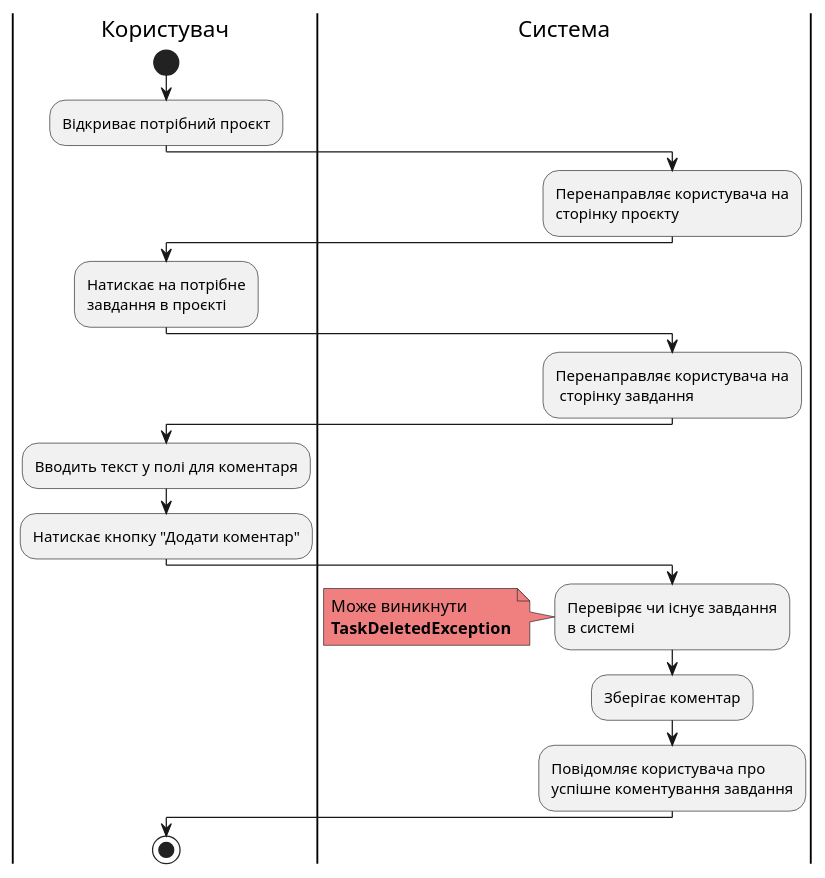
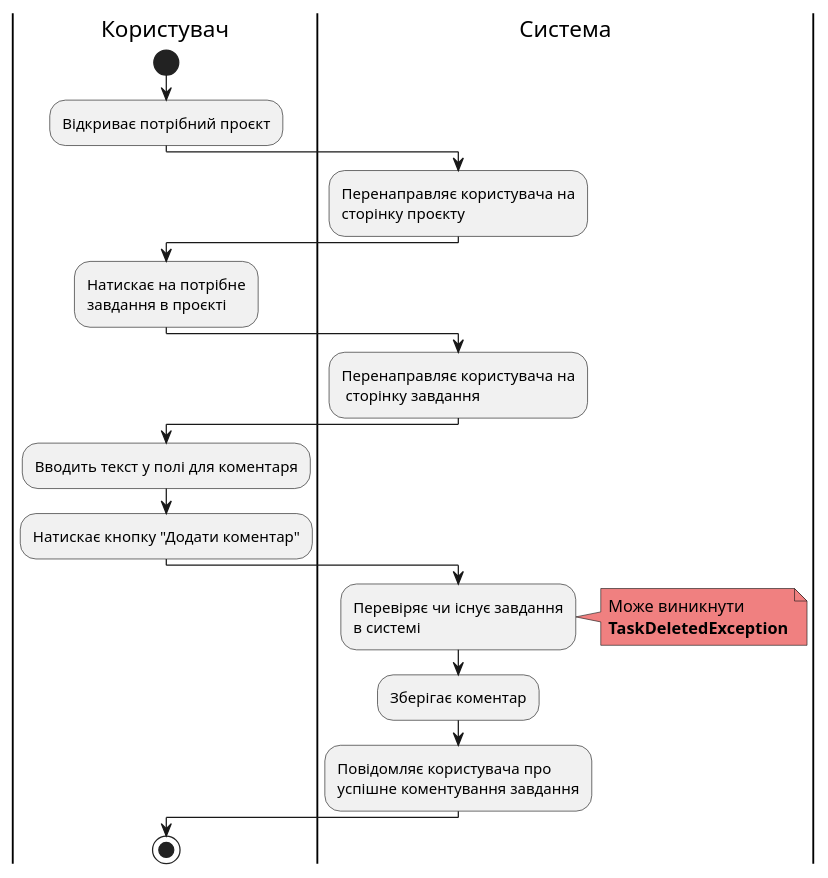
Diagram 17 of 23 in docs/use cases/README.md (samoilenkomariia/db-coursework), drawn with PlantUML before and after one commit. The commit also changed other lines of this file, not shown here.

```diff
--- a/docs/use cases/README.md
+++ b/docs/use cases/README.md
@@ -758,31 +758,31 @@
 @startuml
     
     |Користувач|
     start;
     :Відкриває потрібний проєкт;
     
     |Система|
     :Перенаправляє користувача на\nсторінку проєкту;
     
     |Користувач|
     :Натискає на потрібне\nзавдання в проєкті;
 
     |Система|
     :Перенаправляє користувача на\n сторінку завдання;
     
     |Користувач|
     :Вводить текст у полі для коментаря;
     :Натискає кнопку "Додати коментар";
 
     |Система|
     :Перевіряє чи існує завдання\nв системі;
-     note left #lightcoral
+     note right #lightcoral
         Може виникнути
         <b>TaskDeletedException</b>
     end note
     :Зберігає коментар;
     :Повідомляє користувача про\nуспішне коментування завдання;
 
     |Користувач|
         stop;
 @enduml
```
